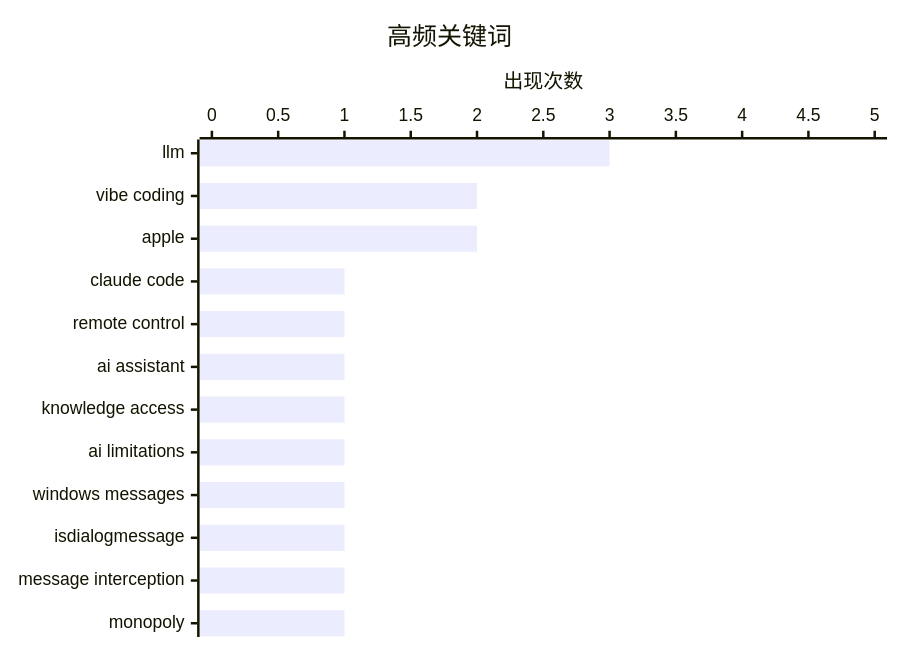
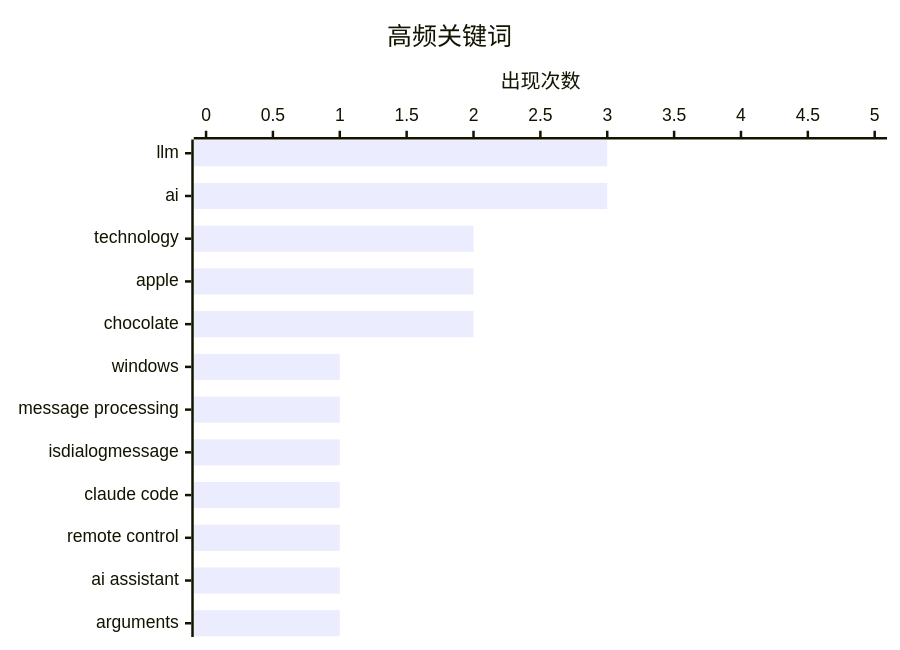
Before and after one commit to hustlyt/ai-daily-digest: the second of 2 diagrams in src/content/digest/2026-02-26.md, drawn with Mermaid. The commit also changed other lines of this file, not shown here.

````diff
--- a/src/content/digest/2026-02-26.md
+++ b/src/content/digest/2026-02-26.md
@@ -72,7 +72,7 @@
 ```mermaid
 xychart-beta horizontal
     title "高频关键词"
-    x-axis ["llm", "vibe coding", "apple", "claude code", "remote control", "ai assistant", "knowledge access", "ai limitations", "windows messages", "isdialogmessage", "message interception", "monopoly"]
+    x-axis ["llm", "ai", "technology", "apple", "chocolate", "windows", "message processing", "isdialogmessage", "claude code", "remote control", "ai assistant", "arguments"]
     y-axis "出现次数" 0 --> 5
-    bar [3, 2, 2, 1, 1, 1, 1, 1, 1, 1, 1, 1]
+    bar [3, 3, 2, 2, 2, 1, 1, 1, 1, 1, 1, 1]
 ```
````
